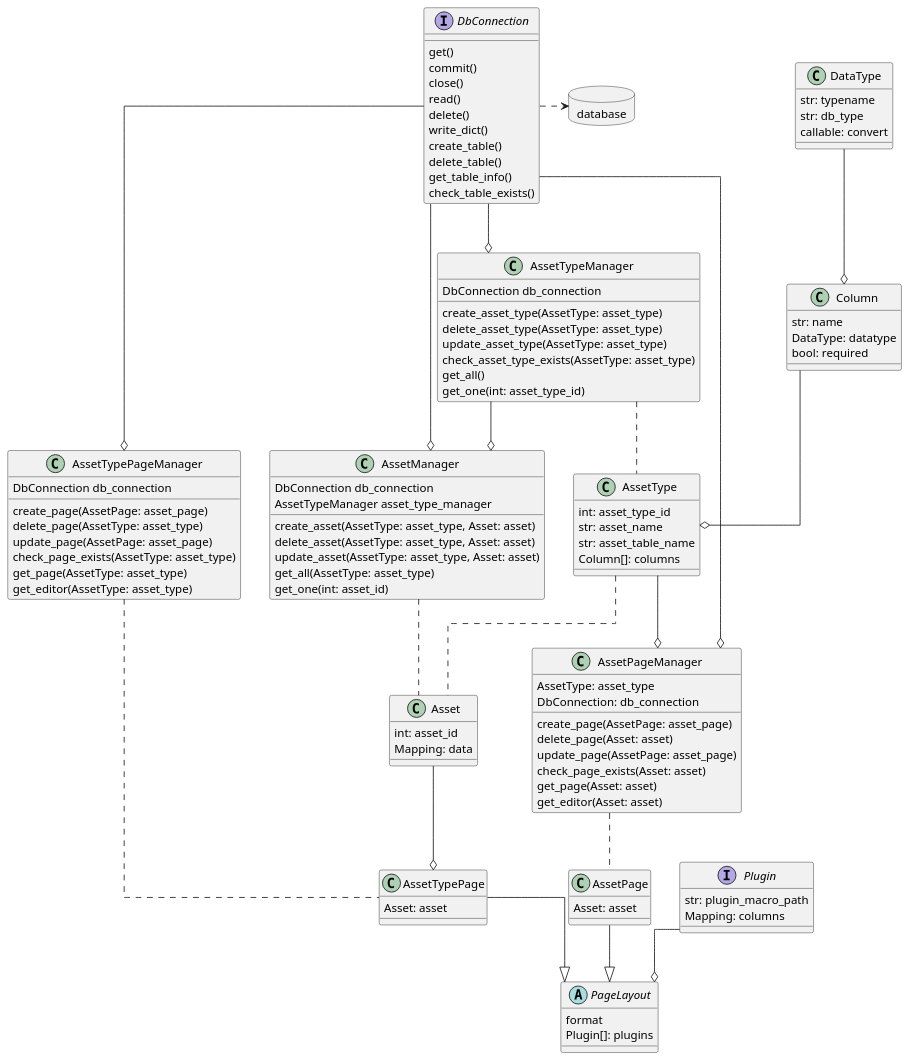
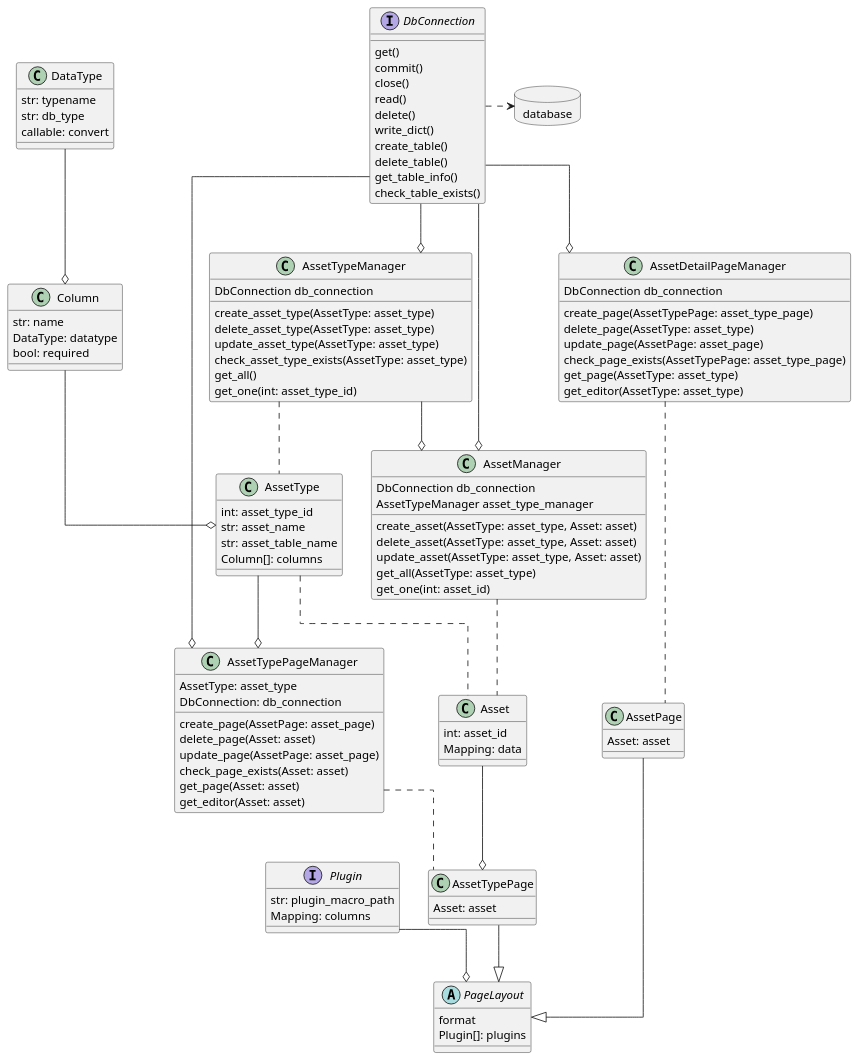
The diagram in doc/classes.wsd (PDT42/AnyBase), drawn with PlantUML before and after one commit.

Commit message:
Updated Class Diagram It now is AssetTypePageManager instead of AsstPageManager. Relatable n stuff.

```diff
--- a/doc/classes.wsd
+++ b/doc/classes.wsd
@@ -1,156 +1,156 @@
 @startuml
 
 ' Check /out/classes for a .png version of this diagram
 
 ' UML Settings
 ' ############
 
 allow_mixing
 skinparam Linetype ortho
 
 ' Datatypes / Entities
 ' ####################
 
 class DataType {
     str: typename
     str: db_type
     callable: convert
 }
 
 class Column {
     str: name
     DataType: datatype
     bool: required
 }
 
 class AssetType {
     int: asset_type_id
     str: asset_name
     str: asset_table_name
     Column[]: columns
 }
 
 class Asset {
     int: asset_id
     Mapping: data
 }
 
 ' Data Managers
 ' #############
 
 class AssetTypeManager {
     DbConnection db_connection
     create_asset_type(AssetType: asset_type)
     delete_asset_type(AssetType: asset_type)
     update_asset_type(AssetType: asset_type)
     check_asset_type_exists(AssetType: asset_type)
     get_all()
     get_one(int: asset_type_id)
 }
 
 class AssetManager  {
     DbConnection db_connection
     AssetTypeManager asset_type_manager
     create_asset(AssetType: asset_type, Asset: asset)
     delete_asset(AssetType: asset_type, Asset: asset)
     update_asset(AssetType: asset_type, Asset: asset)
     get_all(AssetType: asset_type)
     get_one(int: asset_id)
 }
 
 ' Layouts and Pages
 ' #################
 
 interface Plugin {
     str: plugin_macro_path
     Mapping: columns
 }
 
 abstract class PageLayout {
     format
     Plugin[]: plugins
 }
 
 class AssetTypePage {
     Asset: asset
 }
 
 
 class AssetPage {
     Asset: asset
 }
 
 ' Page Managers
 ' #############
 
-class AssetTypePageManager {
+class AssetDetailPageManager {
     DbConnection db_connection
-    create_page(AssetPage: asset_page)
+    create_page(AssetTypePage: asset_type_page)
     delete_page(AssetType: asset_type)
     update_page(AssetPage: asset_page)
-    check_page_exists(AssetType: asset_type)
+    check_page_exists(AssetTypePage: asset_type_page)
     get_page(AssetType: asset_type)
     get_editor(AssetType: asset_type)
 }
 
-class AssetPageManager {
+class AssetTypePageManager {
     AssetType: asset_type
     DbConnection: db_connection
     create_page(AssetPage: asset_page)
     delete_page(Asset: asset)
     update_page(AssetPage: asset_page)
     check_page_exists(Asset: asset)
     get_page(Asset: asset)
     get_editor(Asset: asset)
 }
 
 ' Database and Stuff
 ' ##################
 
 
 interface DbConnection {
     get()
     commit()
     close()
     read()
     delete()
     write_dict()
     create_table()
     delete_table()
     get_table_info()
     check_table_exists()
 }
 
 database database
 
 ' Connections and Stuff
 ' #####################
 
 AssetTypeManager --o AssetManager
 AssetTypeManager .. AssetType
 
 AssetManager .. Asset
 
-AssetType --o AssetPageManager
+AssetType --o AssetTypePageManager
 AssetType .. Asset
 
 DataType --o Column
 Column --o AssetType
 
 AssetTypePageManager .. AssetTypePage
 
-AssetPageManager .. AssetPage
+AssetDetailPageManager .. AssetPage
 
 AssetTypePage --|> PageLayout
 AssetPage --|> PageLayout
 Asset --o AssetTypePage
 
 Plugin --o PageLayout
 
 DbConnection .> database
 DbConnection --o AssetManager
 DbConnection --o AssetTypeManager
 DbConnection --o AssetTypePageManager
-DbConnection --o AssetPageManager
+DbConnection --o AssetDetailPageManager
 
 @enduml
```
